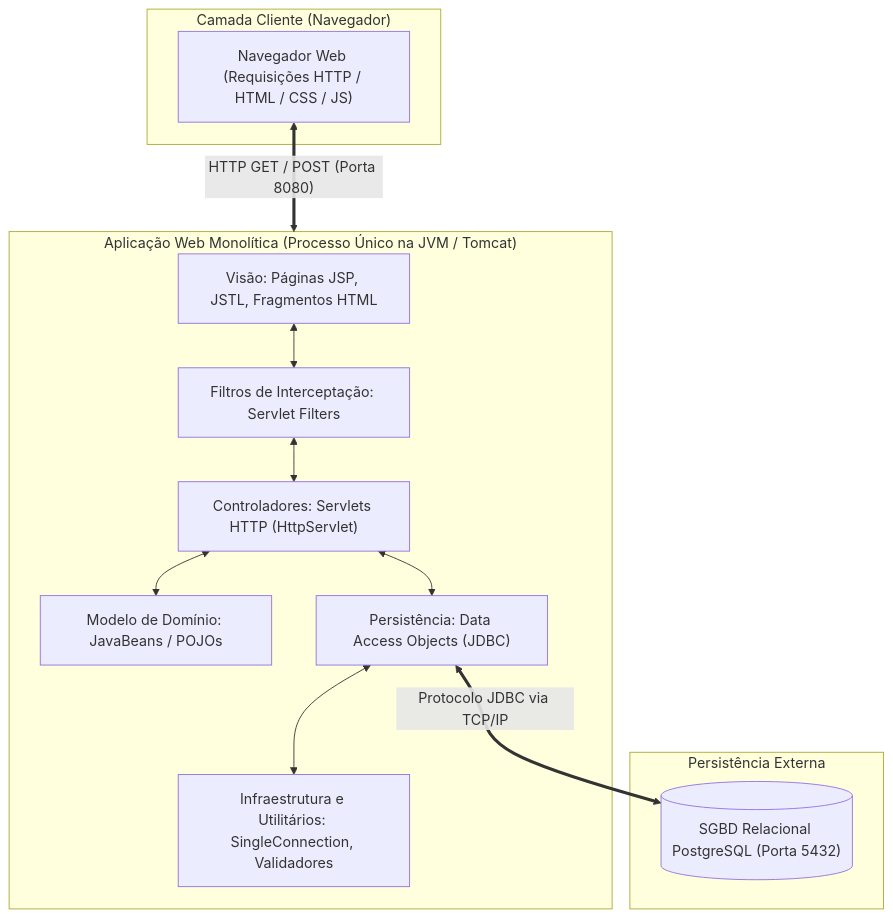
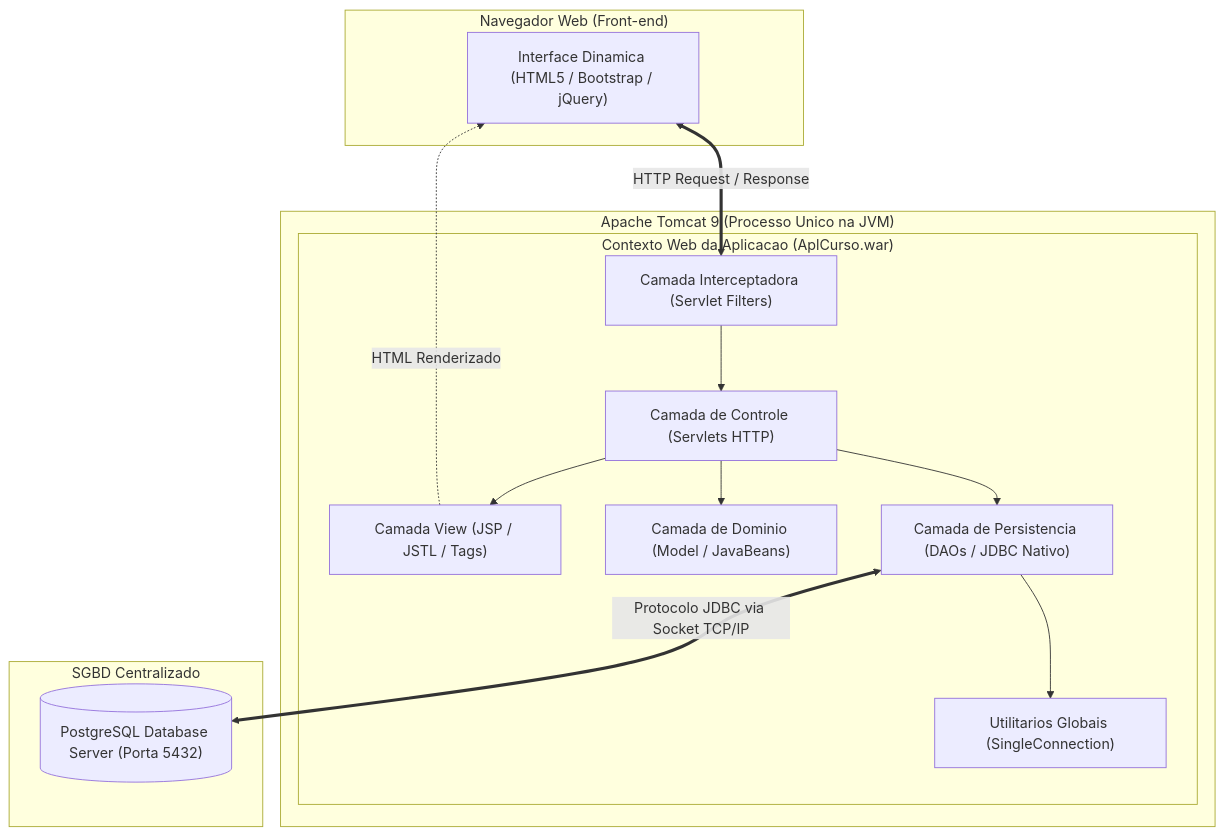
The sixth of 17 diagrams in 3º Semestre/[Prof. Jefferson Passerini] Laboratório de Programação III/Resumos-IA/Caderno-Consolidado.md (murilolol/unifef), drawn with Mermaid before and after one commit. The commit also changed other lines of this file and 10 other files, not shown here.

````diff
--- a/3º Semestre/[Prof. Jefferson Passerini] Laboratório de Programação III/Resumos-IA/Caderno-Consolidado.md
+++ b/3º Semestre/[Prof. Jefferson Passerini] Laboratório de Programação III/Resumos-IA/Caderno-Consolidado.md
@@ -192,28 +580,30 @@
 ```mermaid
 flowchart TD
-    subgraph Cliente["Camada Cliente (Navegador)"]
-        Browser["Navegador Web (Requisições HTTP / HTML / CSS / JS)"]
+    subgraph Cliente["Navegador Web (Front-end)"]
+        Browser["Interface Dinamica (HTML5 / Bootstrap / jQuery)"]
     end
 
-    subgraph Monolito["Aplicação Web Monolítica (Processo Único na JVM / Tomcat)"]
-        View["Visão: Páginas JSP, JSTL, Fragmentos HTML"]
-        Filter["Filtros de Interceptação: Servlet Filters"]
-        Controller["Controladores: Servlets HTTP (HttpServlet)"]
-        Model["Modelo de Domínio: JavaBeans / POJOs"]
-        DAO["Persistência: Data Access Objects (JDBC)"]
-        Utils["Infraestrutura e Utilitários: SingleConnection, Validadores"]
-        
-        View <--> Filter
-        Filter <--> Controller
-        Controller <--> Model
-        Controller <--> DAO
-        DAO <--> Utils
+    subgraph ContainerWeb["Apache Tomcat 9 (Processo Unico na JVM)"]
+        subgraph ModuloWeb["Contexto Web da Aplicacao (AplCurso.war)"]
+            View["Camada View (JSP / JSTL / Tags)"]
+            Filtros["Camada Interceptadora (Servlet Filters)"]
+            Controllers["Camada de Controle (Servlets HTTP)"]
+            Dominio["Camada de Dominio (Model / JavaBeans)"]
+            Persistencia["Camada de Persistencia (DAOs / JDBC Nativo)"]
+            Utilitarios["Utilitarios Globais (SingleConnection)"]
+        end
     end
 
-    subgraph Armazenamento["Persistência Externa"]
-        Postgres[("SGBD Relacional PostgreSQL (Porta 5432)")]
+    subgraph Armazenamento["SGBD Centralizado"]
+        Postgres[("PostgreSQL Database Server (Porta 5432)")]
     end
 
-    Browser <==>|"HTTP GET / POST (Porta 8080)"| Monolito
-    DAO <==>|"Protocolo JDBC via TCP/IP"| Postgres
+    Browser <==>|"HTTP Request / Response"| Filtros
+    Filtros --> Controllers
+    Controllers --> Dominio
+    Controllers --> Persistencia
+    Persistencia --> Utilitarios
+    Persistencia <==>|"Protocolo JDBC via Socket TCP/IP"| Postgres
+    Controllers --> View
+    View -.->|"HTML Renderizado"| Browser
 ```
````
